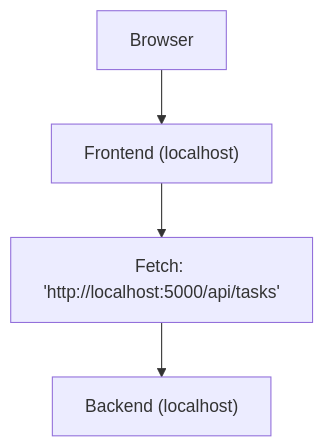
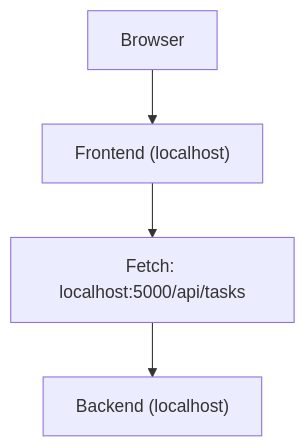
The first of 2 diagrams in mern-app/Docker-Notes/detailed docs.md (Bharadwajreddy1406/Devopsified-stacks), drawn with Mermaid before and after one commit. The commit also changed 3 other files, not shown here.

````diff
--- a/mern-app/Docker-Notes/detailed docs.md
+++ b/mern-app/Docker-Notes/detailed docs.md
@@ -89,7 +89,7 @@
 ```mermaid
 flowchart TD
     A["Browser"] --> B["Frontend (localhost)"]
-    B --> C["Fetch: 'http://localhost:5000/api/tasks'"]
+    B --> C["Fetch: localhost:5000/api/tasks"]
     C --> D["Backend (localhost)"]
 
 ```
````
